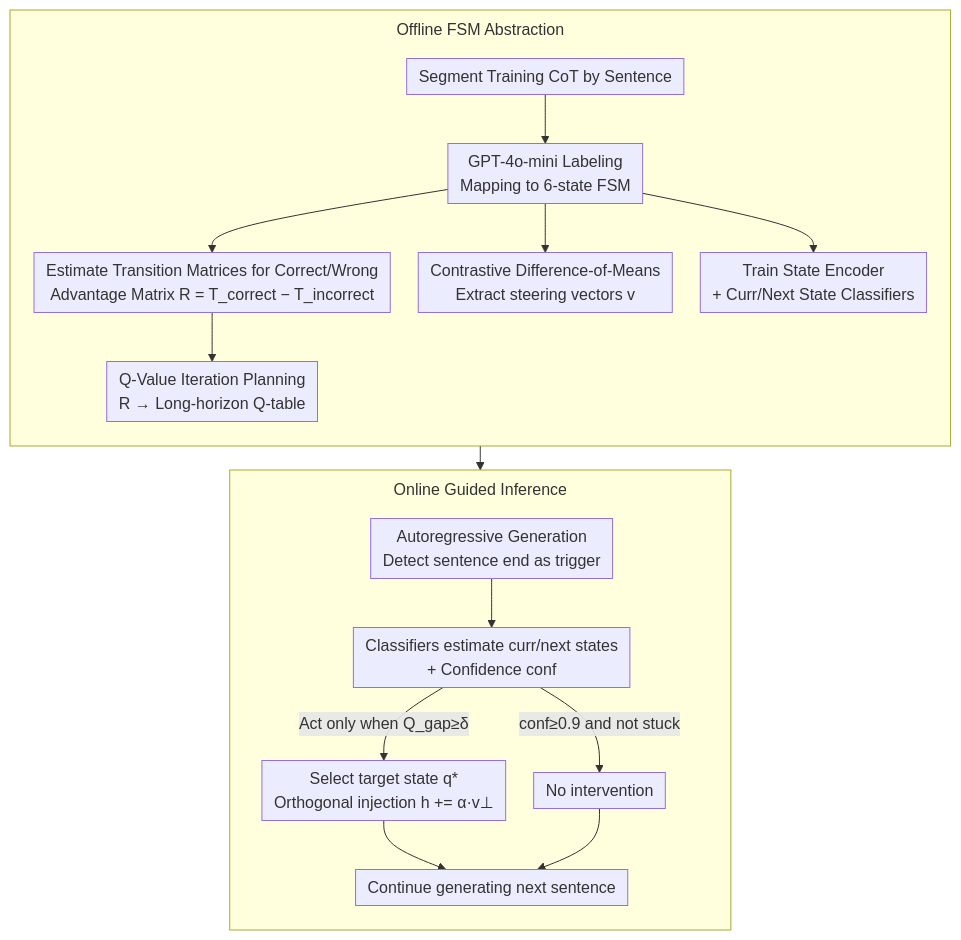
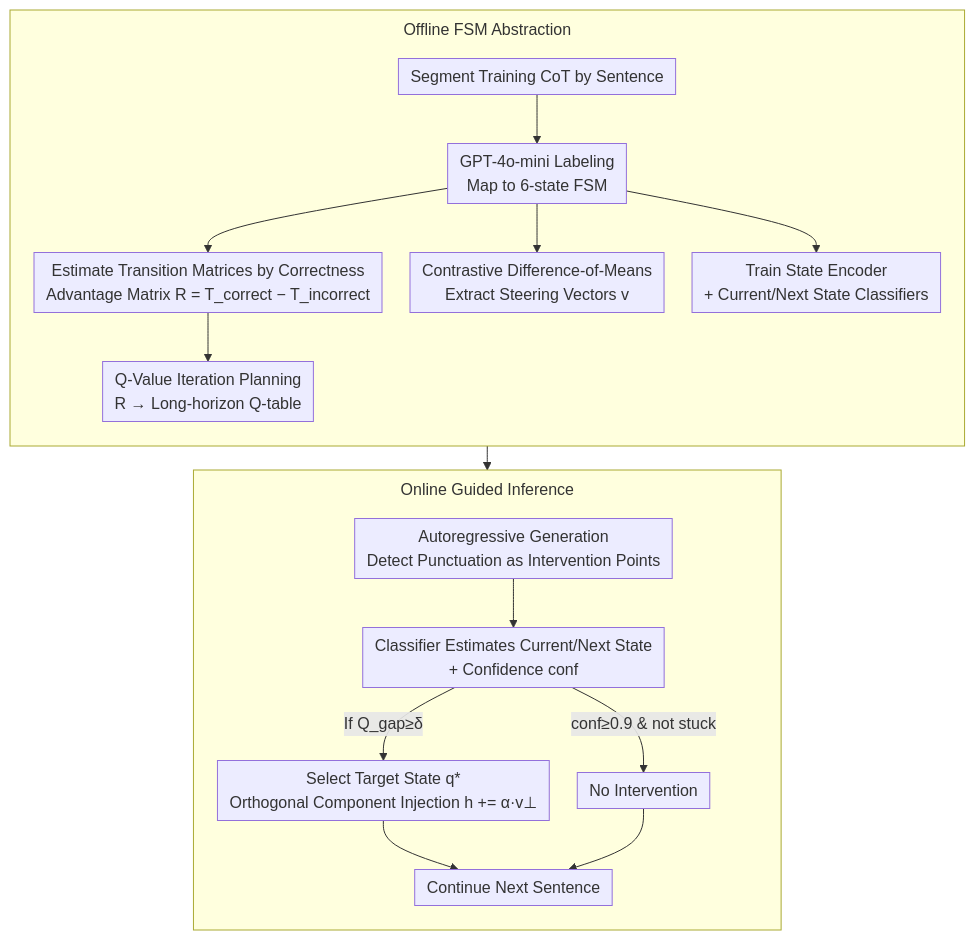
The diagram in docs/ICML2026/llm_reasoning/modeling_hierarchical_thinking_in_large_reasoning_models.md (zhaoyang97/Paper-Notes-en), drawn with Mermaid before and after one commit. The commit also changed other lines of this file and 5084 other files, not shown here.

````diff
--- a/docs/ICML2026/llm_reasoning/modeling_hierarchical_thinking_in_large_reasoning_models.md
+++ b/docs/ICML2026/llm_reasoning/modeling_hierarchical_thinking_in_large_reasoning_models.md
@@ -47,21 +47,21 @@
 ```mermaid
 %%{init: {'flowchart': {'rankSpacing': 24, 'nodeSpacing': 28, 'padding': 6, 'wrappingWidth': 400, 'subGraphTitleMargin': {'top': 8, 'bottom': 16}}}}%%
 flowchart TD
     subgraph OFF["Offline FSM Abstraction"]
         direction TB
-        A["Segment Training CoT by Sentence"] --> B["GPT-4o-mini Labeling<br/>Mapping to 6-state FSM"]
-        B --> C["Estimate Transition Matrices for Correct/Wrong<br/>Advantage Matrix R = T_correct − T_incorrect"]
+        A["Segment Training CoT by Sentence"] --> B["GPT-4o-mini Labeling<br/>Map to 6-state FSM"]
+        B --> C["Estimate Transition Matrices by Correctness<br/>Advantage Matrix R = T_correct − T_incorrect"]
         C --> D["Q-Value Iteration Planning<br/>R → Long-horizon Q-table"]
-        B --> E["Contrastive Difference-of-Means<br/>Extract steering vectors v"]
-        B --> F["Train State Encoder<br/>+ Curr/Next State Classifiers"]
+        B --> E["Contrastive Difference-of-Means<br/>Extract Steering Vectors v"]
+        B --> F["Train State Encoder<br/>+ Current/Next State Classifiers"]
     end
-    OFF --> G["Autoregressive Generation<br/>Detect sentence end as trigger"]
+    OFF --> G["Autoregressive Generation<br/>Detect Punctuation as Intervention Points"]
     subgraph ON["Online Guided Inference"]
         direction TB
-        G --> H["Classifiers estimate curr/next states<br/>+ Confidence conf"]
-        H -->|"conf≥0.9 and not stuck"| I["No intervention"]
-        H -->|"Act only when Q_gap≥δ"| J["Select target state q*<br/>Orthogonal injection h += α·v⊥"]
-        J --> K["Continue generating next sentence"]
+        G --> H["Classifier Estimates Current/Next State<br/>+ Confidence conf"]
+        H -->|"conf≥0.9 & not stuck"| I["No Intervention"]
+        H -->|"If Q_gap≥δ"| J["Select Target State q*<br/>Orthogonal Component Injection h += α·v⊥"]
+        J --> K["Continue Next Sentence"]
         I --> K
     end
 ```
````
